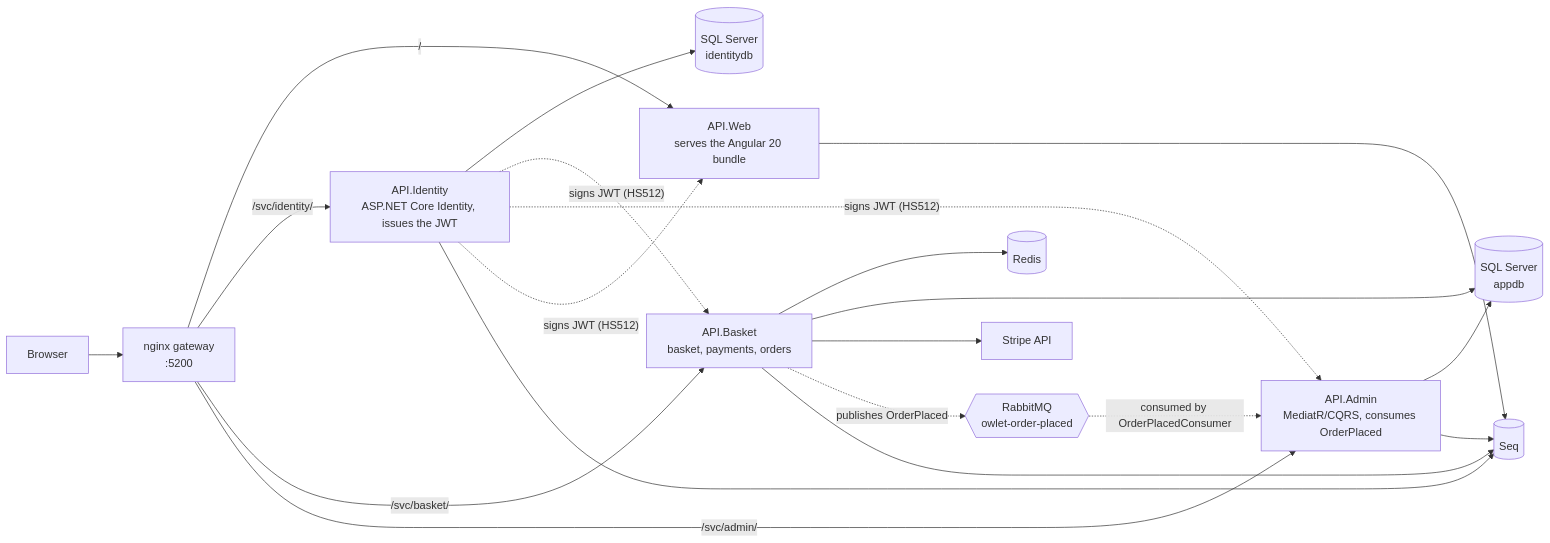
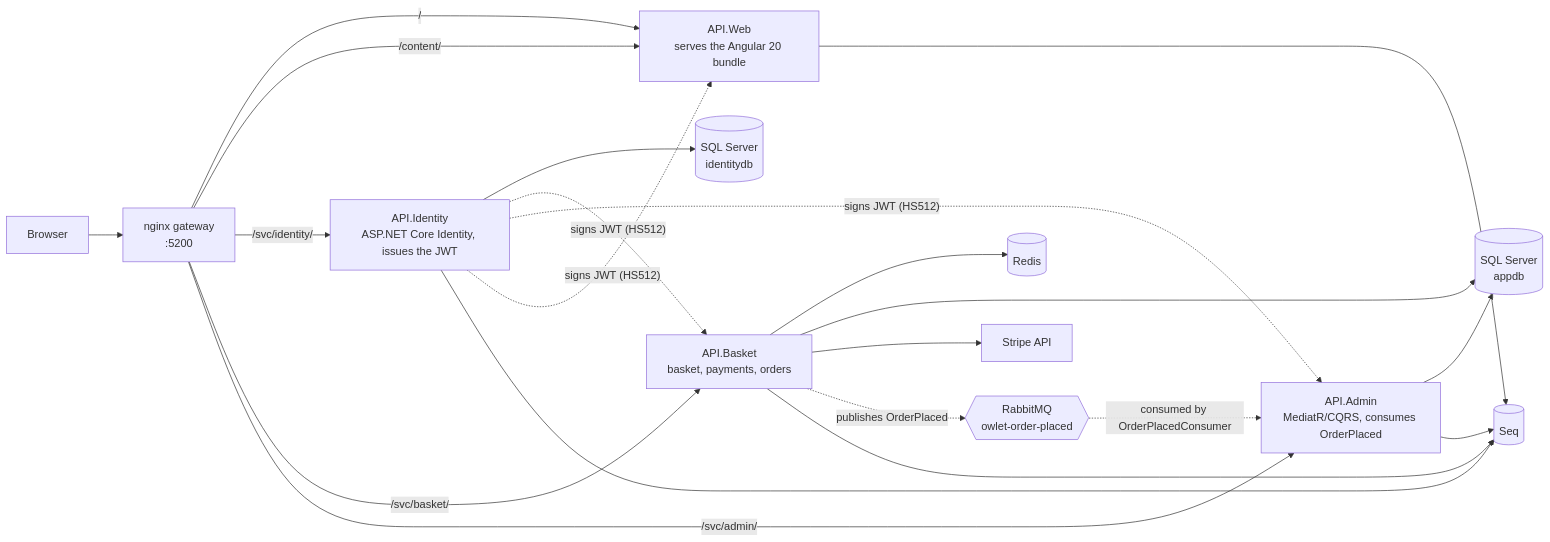
Before and after one commit to yurii-shchehliuk/ECommerce-Restaurant: the diagram in README.md, drawn with Mermaid. The commit also changed other lines of this file and 2 other files, not shown here.

````diff
--- a/README.md
+++ b/README.md
@@ -52,39 +57,40 @@
 ```mermaid
 flowchart LR
     BR[Browser]
     NX["nginx gateway<br/>:5200"]
     WEB["API.Web<br/>serves the Angular 20 bundle"]
     ID["API.Identity<br/>ASP.NET Core Identity, issues the JWT"]
     BK["API.Basket<br/>basket, payments, orders"]
     AD["API.Admin<br/>MediatR/CQRS, consumes OrderPlaced"]
     IDDB[("SQL Server<br/>identitydb")]
     APPDB[("SQL Server<br/>appdb")]
     RD[("Redis")]
     MQ{{"RabbitMQ<br/>owlet-order-placed"}}
     SEQ[("Seq")]
     STRIPE["Stripe API"]
 
     BR --> NX
     NX -->|"/"| WEB
+    NX -->|"/content/"| WEB
     NX -->|"/svc/identity/"| ID
     NX -->|"/svc/basket/"| BK
     NX -->|"/svc/admin/"| AD
 
     ID --> IDDB
     BK --> RD
     BK --> APPDB
     BK --> STRIPE
     AD --> APPDB
 
     BK -. "publishes OrderPlaced" .-> MQ
     MQ -. "consumed by OrderPlacedConsumer" .-> AD
 
     ID -. "signs JWT (HS512)" .-> BK
     ID -. "signs JWT (HS512)" .-> AD
     ID -. "signs JWT (HS512)" .-> WEB
 
     ID --> SEQ
     BK --> SEQ
     AD --> SEQ
     WEB --> SEQ
 ```
````
